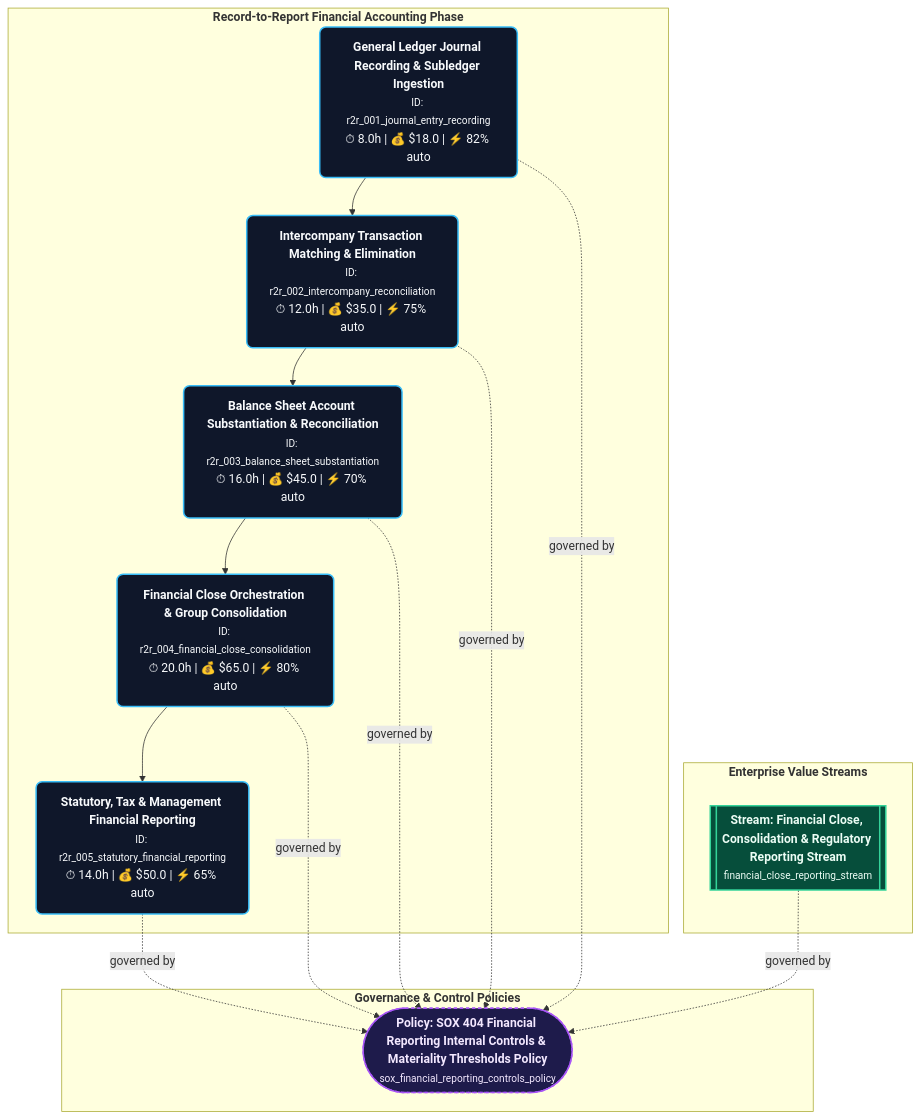
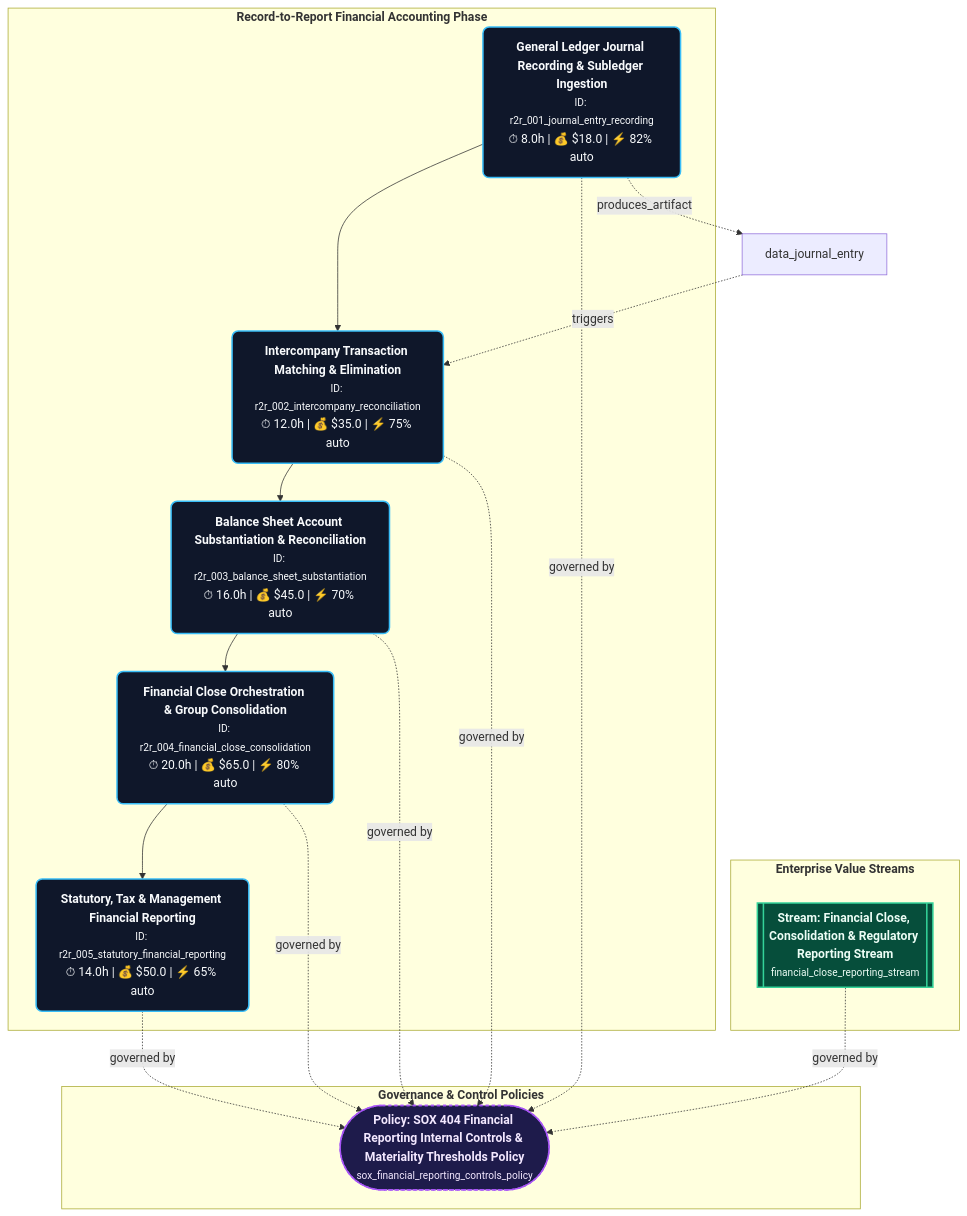
Before and after one commit to GeorgeYinDev/ValueChainModel: the diagram in index/diagram_process_flow_r2r.mmd, drawn with Mermaid. The commit also changed 41 other files, not shown here.

Commit message:
feat(phase6): Model Enrichment & Graph Expansion complete

```diff
--- a/index/diagram_process_flow_r2r.mmd
+++ b/index/diagram_process_flow_r2r.mmd
@@ -1,33 +1,35 @@
 flowchart TD
   %% Style Classes
   classDef processStep fill:#0f172a,stroke:#38bdf8,stroke-width:2px,color:#f8fafc,rx:8,ry:8;
   classDef controlPolicy fill:#1e1b4b,stroke:#a855f7,stroke-width:2px,stroke-dasharray: 4 4,color:#f3e8ff,rx:4,ry:4;
   classDef valueStream fill:#064e3b,stroke:#34d399,stroke-width:2px,color:#ecfdf5,rx:12,ry:12;
 
   subgraph Subgraph_ValueStreams ["<b>Enterprise Value Streams</b>"]
     financial_close_reporting_stream[["<b>Stream: Financial Close, Consolidation &amp; Regulatory Reporting Stream</b><br/><small>financial_close_reporting_stream</small>"]]:::valueStream
   end
 
   subgraph Subgraph_R2R ["<b>Record-to-Report Financial Accounting Phase</b>"]
     r2r_001_journal_entry_recording["<b>General Ledger Journal Recording &amp; Subledger Ingestion</b><br/><small>ID: r2r_001_journal_entry_recording</small><br/>⏱ 8.0h | 💰 $18.0 | ⚡ 82% auto"]:::processStep
     r2r_002_intercompany_reconciliation["<b>Intercompany Transaction Matching &amp; Elimination</b><br/><small>ID: r2r_002_intercompany_reconciliation</small><br/>⏱ 12.0h | 💰 $35.0 | ⚡ 75% auto"]:::processStep
     r2r_003_balance_sheet_substantiation["<b>Balance Sheet Account Substantiation &amp; Reconciliation</b><br/><small>ID: r2r_003_balance_sheet_substantiation</small><br/>⏱ 16.0h | 💰 $45.0 | ⚡ 70% auto"]:::processStep
     r2r_004_financial_close_consolidation["<b>Financial Close Orchestration &amp; Group Consolidation</b><br/><small>ID: r2r_004_financial_close_consolidation</small><br/>⏱ 20.0h | 💰 $65.0 | ⚡ 80% auto"]:::processStep
     r2r_005_statutory_financial_reporting["<b>Statutory, Tax &amp; Management Financial Reporting</b><br/><small>ID: r2r_005_statutory_financial_reporting</small><br/>⏱ 14.0h | 💰 $50.0 | ⚡ 65% auto"]:::processStep
   end
 
   subgraph Subgraph_Governance ["<b>Governance & Control Policies</b>"]
     sox_financial_reporting_controls_policy(["<b>Policy: SOX 404 Financial Reporting Internal Controls &amp; Materiality Thresholds Policy</b><br/><small>sox_financial_reporting_controls_policy</small>"]):::controlPolicy
   end
 
   %% Process Flows & Policy Linkages
   r2r_003_balance_sheet_substantiation --> r2r_004_financial_close_consolidation
   r2r_003_balance_sheet_substantiation -. governed by .-> sox_financial_reporting_controls_policy
   r2r_001_journal_entry_recording --> r2r_002_intercompany_reconciliation
   r2r_001_journal_entry_recording -. governed by .-> sox_financial_reporting_controls_policy
+  r2r_001_journal_entry_recording -. produces_artifact .-> data_journal_entry
   r2r_005_statutory_financial_reporting -. governed by .-> sox_financial_reporting_controls_policy
   r2r_004_financial_close_consolidation --> r2r_005_statutory_financial_reporting
   r2r_004_financial_close_consolidation -. governed by .-> sox_financial_reporting_controls_policy
   r2r_002_intercompany_reconciliation --> r2r_003_balance_sheet_substantiation
   r2r_002_intercompany_reconciliation -. governed by .-> sox_financial_reporting_controls_policy
   financial_close_reporting_stream -. governed by .-> sox_financial_reporting_controls_policy
+  data_journal_entry -. triggers .-> r2r_002_intercompany_reconciliation
```
